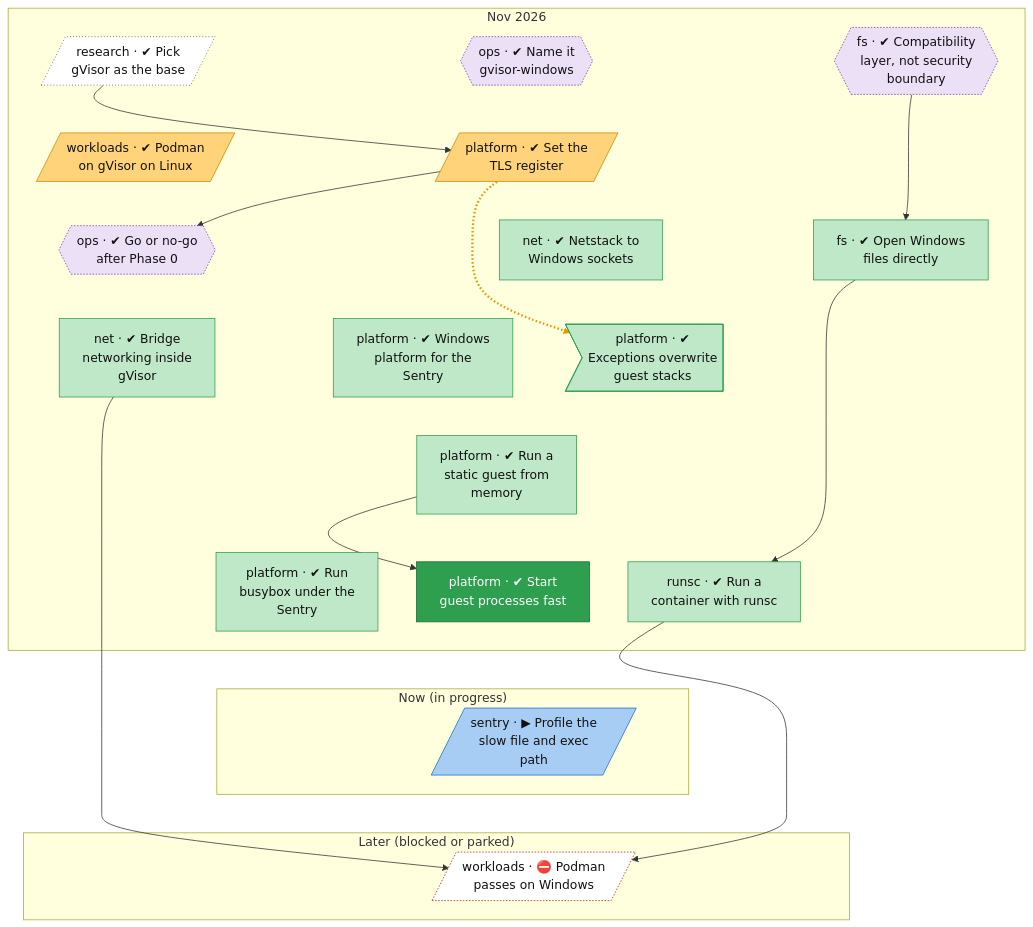
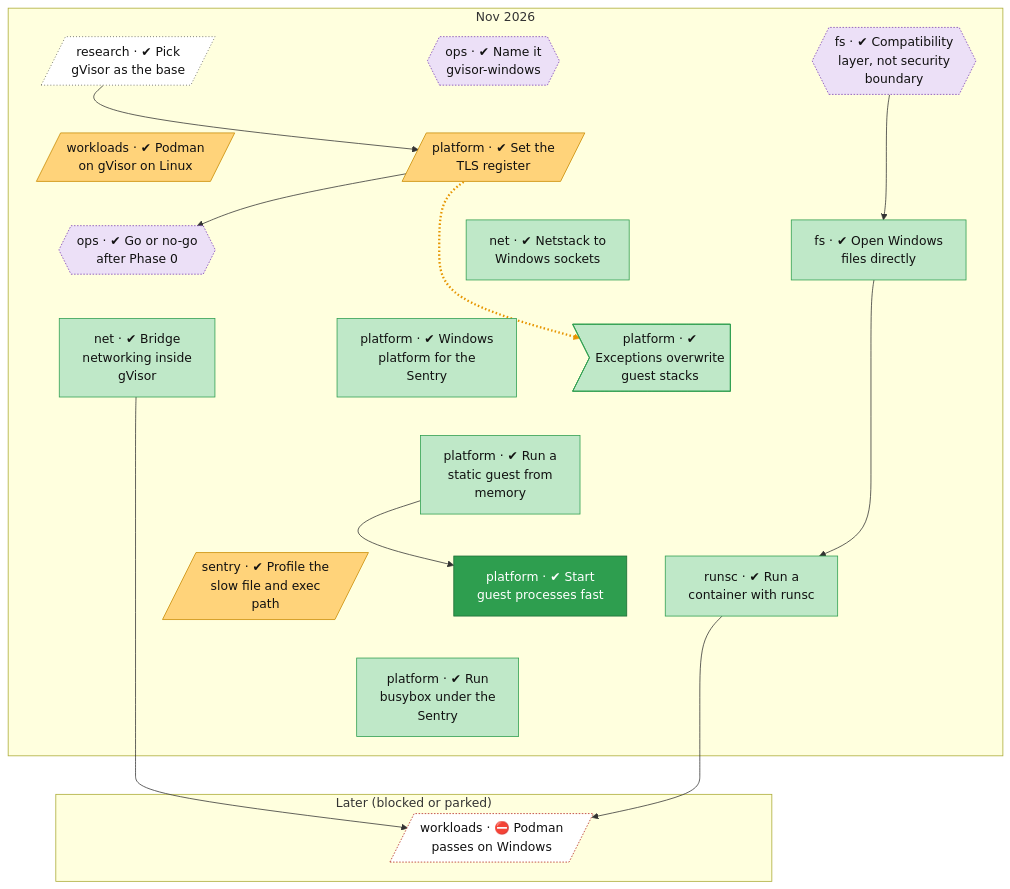
One commit to lhns/gvisor-windows changed the second of 2 diagrams in docs/roadmap.md. Above: the diagram before and after it, drawn with Mermaid. The commit also changed other lines of this file and 23 other files, not shown here.

First line of the commit message:
Profile and speed up small files and exec (squashed sentry-profile)

````diff
--- a/docs/roadmap.md
+++ b/docs/roadmap.md
@@ -100,75 +100,72 @@
 ```mermaid
 flowchart TB
     subgraph bd_0["Nov 2026"]
         research_gvisor_base[/"research · ✔ Pick<br/>gVisor as the base"/]
         ops_name_and_fork{{"ops · ✔ Name it<br/>gvisor-windows"}}
         fs_compat_layer_not_boundary{{"fs · ✔ Compatibility<br/>layer, not security<br/>boundary"}}
         workloads_podman_on_gvisor_linux[/"workloads · ✔ Podman<br/>on gVisor on Linux"/]
         platform_tls_register[/"platform · ✔ Set the<br/>TLS register"/]
         ops_phase0_go_no_go{{"ops · ✔ Go or no-go<br/>after Phase 0"}}
         fs_windows_directfs["fs · ✔ Open Windows<br/>files directly"]
         net_netstack_windows_link["net · ✔ Netstack to<br/>Windows sockets"]
         net_bridge_networking["net · ✔ Bridge<br/>networking inside<br/>gVisor"]
         platform_veh_on_guest_stack_unsafe>"platform · ✔<br/>Exceptions overwrite<br/>guest stacks"]
         platform_winstub["platform · ✔ Windows<br/>platform for the<br/>Sentry"]
         platform_static_guest_from_memory["platform · ✔ Run a<br/>static guest from<br/>memory"]
         platform_fast_process_start["platform · ✔ Start<br/>guest processes fast"]
         runsc_container_on_windows["runsc · ✔ Run a<br/>container with runsc"]
+        sentry_profile_small_file_path[/"sentry · ✔ Profile the<br/>slow file and exec<br/>path"/]
         platform_busybox_on_windows["platform · ✔ Run<br/>busybox under the<br/>Sentry"]
     end
-    subgraph bd_1["Now (in progress)"]
-        sentry_profile_small_file_path[/"sentry · ▶ Profile the<br/>slow file and exec<br/>path"/]
-    end
-    subgraph bd_2["Later (blocked or parked)"]
+    subgraph bd_1["Later (blocked or parked)"]
         workloads_podman_on_windows[/"workloads · ⛔ Podman<br/>passes on Windows"/]
     end
     research_gvisor_base ~~~ workloads_podman_on_gvisor_linux
     ops_name_and_fork ~~~ platform_tls_register
     fs_compat_layer_not_boundary ~~~ platform_tls_register
     workloads_podman_on_gvisor_linux ~~~ ops_phase0_go_no_go
     platform_tls_register ~~~ fs_windows_directfs
     platform_tls_register ~~~ net_netstack_windows_link
     ops_phase0_go_no_go ~~~ net_bridge_networking
     fs_windows_directfs ~~~ platform_veh_on_guest_stack_unsafe
     net_netstack_windows_link ~~~ platform_winstub
     net_bridge_networking ~~~ platform_static_guest_from_memory
     platform_veh_on_guest_stack_unsafe ~~~ platform_static_guest_from_memory
     platform_winstub ~~~ platform_static_guest_from_memory
     platform_static_guest_from_memory ~~~ platform_fast_process_start
     platform_static_guest_from_memory ~~~ runsc_container_on_windows
-    platform_static_guest_from_memory ~~~ platform_busybox_on_windows
-    platform_fast_process_start ~~~ sentry_profile_small_file_path
-    runsc_container_on_windows ~~~ sentry_profile_small_file_path
-    platform_busybox_on_windows ~~~ sentry_profile_small_file_path
-    sentry_profile_small_file_path ~~~ workloads_podman_on_windows
+    platform_static_guest_from_memory ~~~ sentry_profile_small_file_path
+    platform_fast_process_start ~~~ platform_busybox_on_windows
+    runsc_container_on_windows ~~~ platform_busybox_on_windows
+    sentry_profile_small_file_path ~~~ platform_busybox_on_windows
+    platform_busybox_on_windows ~~~ workloads_podman_on_windows
     research_gvisor_base --> platform_tls_register
     platform_tls_register -.-> platform_veh_on_guest_stack_unsafe
     platform_tls_register --> ops_phase0_go_no_go
     fs_compat_layer_not_boundary --> fs_windows_directfs
     platform_static_guest_from_memory --> platform_fast_process_start
     fs_windows_directfs --> runsc_container_on_windows
     runsc_container_on_windows --> workloads_podman_on_windows
     net_bridge_networking --> workloads_podman_on_windows
     linkStyle 20 stroke:#e69500,stroke-width:3px,stroke-dasharray:2 3
     classDef vsucc fill:#2e9e4f,stroke:#1b6b34,color:#fff
     classDef succ fill:#bfe8c8,stroke:#2e9e4f,color:#111
     classDef mixed fill:#ffd37a,stroke:#c98a00,color:#111
     classDef bad fill:#f28b82,stroke:#b3261e,color:#111
     classDef dead fill:#e6e6e6,stroke:#777,stroke-dasharray:5 5,color:#555
     classDef inprog fill:#a8cdf5,stroke:#1f6fc5,color:#111
     classDef next fill:#fff,stroke:#333,color:#111
     classDef blocked fill:#fff,stroke:#b3261e,stroke-dasharray:2 2,color:#111
     classDef parked fill:#f3f3f3,stroke:#999,color:#555
     classDef unrated fill:#fff,stroke:#333,stroke-dasharray:1 3,color:#111
     classDef gate fill:#d9c2f0,stroke:#7b3fb5,color:#111
     classDef decided fill:#ece0f7,stroke:#7b3fb5,stroke-dasharray:2 2,color:#111
     classDef finding fill:#ffe0b2,stroke:#d84315,stroke-width:2px,color:#111
     classDef waiting fill:#e3f2fd,stroke:#1f6fc5,stroke-dasharray:5 5,color:#111
     class research_gvisor_base unrated
     class ops_name_and_fork,fs_compat_layer_not_boundary,ops_phase0_go_no_go decided
-    class workloads_podman_on_gvisor_linux,platform_tls_register mixed
+    class workloads_podman_on_gvisor_linux,platform_tls_register,sentry_profile_small_file_path mixed
     class workloads_podman_on_windows blocked
     class runsc_container_on_windows,platform_winstub,platform_busybox_on_windows,fs_windows_directfs,net_netstack_windows_link,platform_static_guest_from_memory,net_bridge_networking,platform_veh_on_guest_stack_unsafe succ
     class platform_fast_process_start vsucc
-    class sentry_profile_small_file_path inprog
 ```
````
